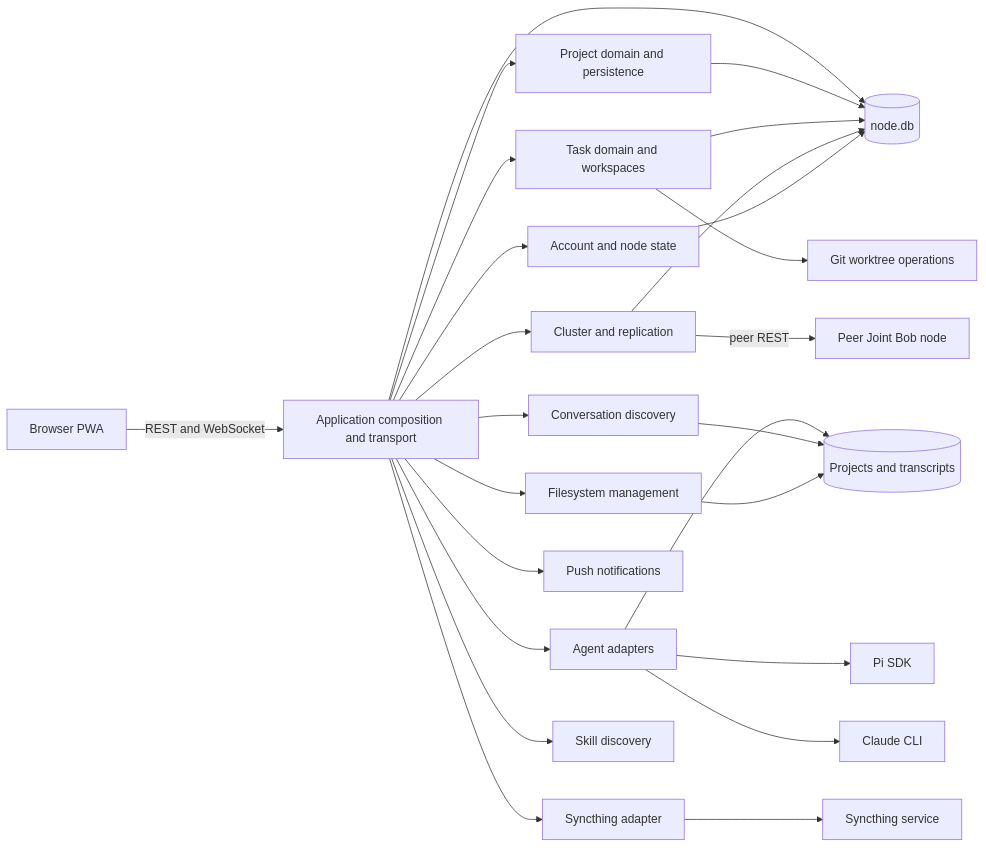
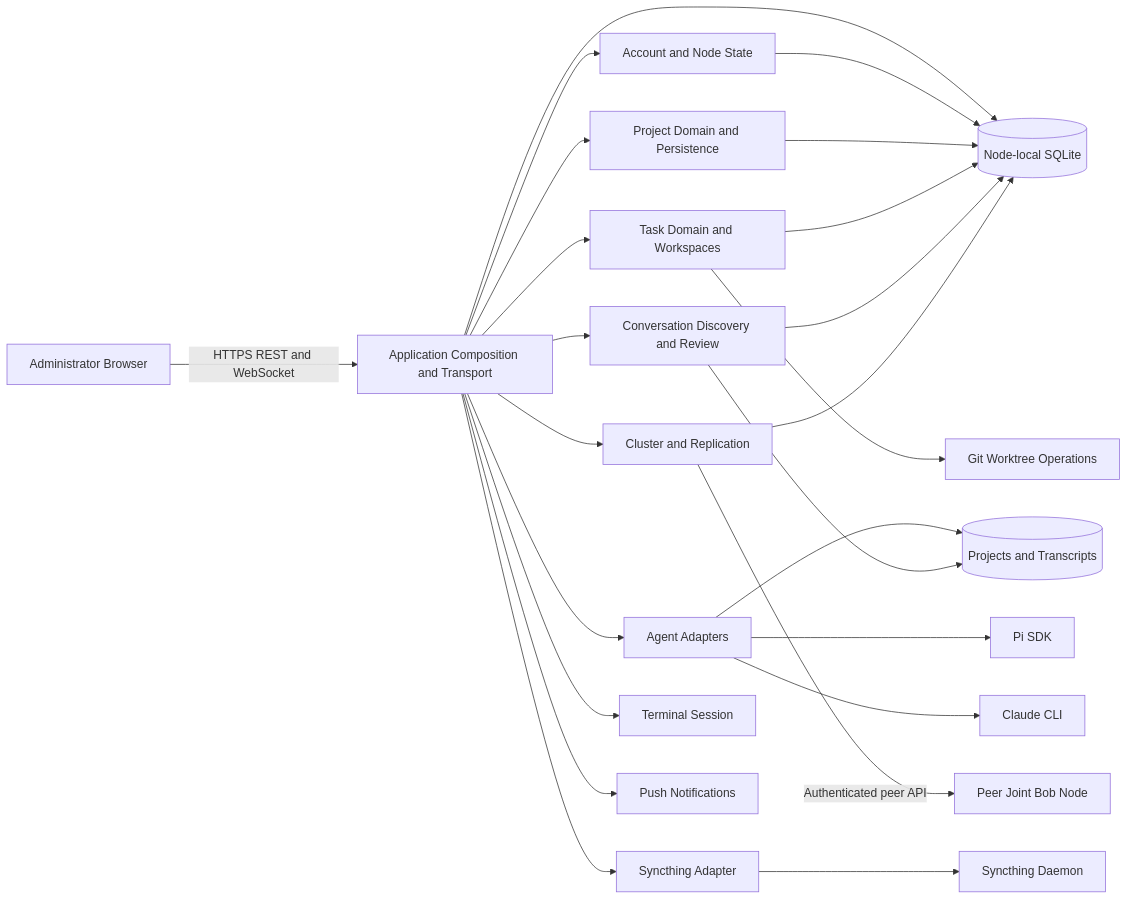
Before and after one commit to iliagerman/joint-bob: the first of 5 diagrams in aidlc/spaces/default/codekb/pi-mobile-web/architecture.md, drawn with Mermaid. The commit also changed other lines of this file and 68 other files, not shown here.

````diff
--- a/aidlc/spaces/default/codekb/pi-mobile-web/architecture.md
+++ b/aidlc/spaces/default/codekb/pi-mobile-web/architecture.md
@@ -13,27 +11,26 @@
 ```mermaid
 flowchart LR
-    Browser[Browser PWA] -->|REST and WebSocket| Transport[Application composition and transport]
-    Transport --> Account[Account and node state]
-    Transport --> Projects[Project domain and persistence]
-    Transport --> Tasks[Task domain and workspaces]
-    Transport --> Cluster[Cluster and replication]
-    Transport --> Agents[Agent adapters]
-    Transport --> Discovery[Conversation discovery]
-    Transport --> Sync[Syncthing adapter]
-    Transport --> Push[Push notifications]
-    Transport --> Files[Filesystem management]
-    Transport --> Skills[Skill discovery]
-    Tasks --> Git[Git worktree operations]
-    Cluster -->|peer REST| Peer[Peer Joint Bob node]
-    Transport --> DB[(node.db)]
+    User[Administrator Browser] -->|HTTPS REST and WebSocket| App[Application Composition and Transport]
+    App --> Account[Account and Node State]
+    App --> Projects[Project Domain and Persistence]
+    App --> Tasks[Task Domain and Workspaces]
+    App --> Reviews[Conversation Discovery and Review]
+    App --> Agents[Agent Adapters]
+    App --> Cluster[Cluster and Replication]
+    App --> Sync[Syncthing Adapter]
+    App --> Terminal[Terminal Session]
+    App --> Push[Push Notifications]
+    Tasks --> Worktrees[Git Worktree Operations]
+    App --> DB[(Node-local SQLite)]
+    Account --> DB
     Projects --> DB
     Tasks --> DB
+    Reviews --> DB
     Cluster --> DB
-    Account --> DB
-    Agents --> Disk[(Projects and transcripts)]
-    Discovery --> Disk
-    Files --> Disk
-    Sync --> Syncthing[Syncthing service]
+    Agents --> Files[(Projects and Transcripts)]
+    Reviews --> Files
+    Sync --> Syncthing[Syncthing Daemon]
+    Cluster -->|Authenticated peer API| Peer[Peer Joint Bob Node]
     Agents --> Pi[Pi SDK]
     Agents --> Claude[Claude CLI]
 ```
````
